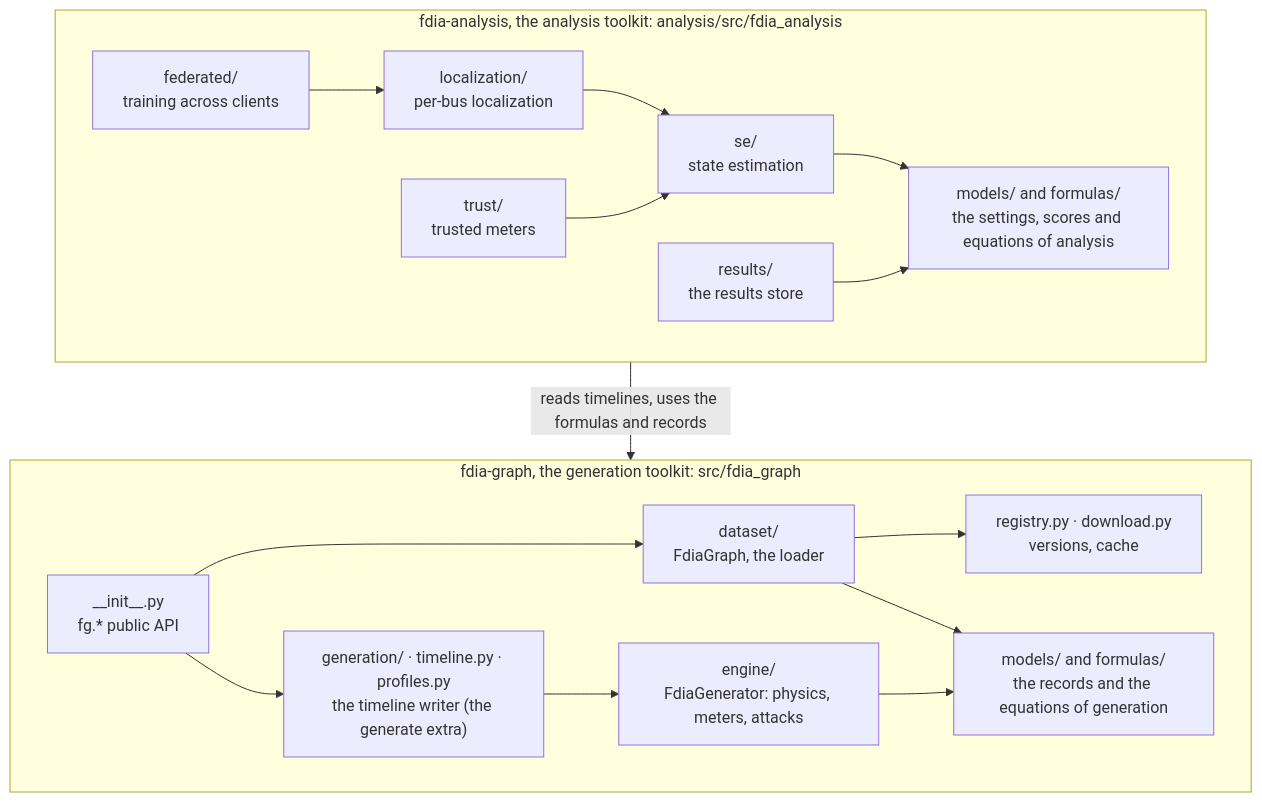
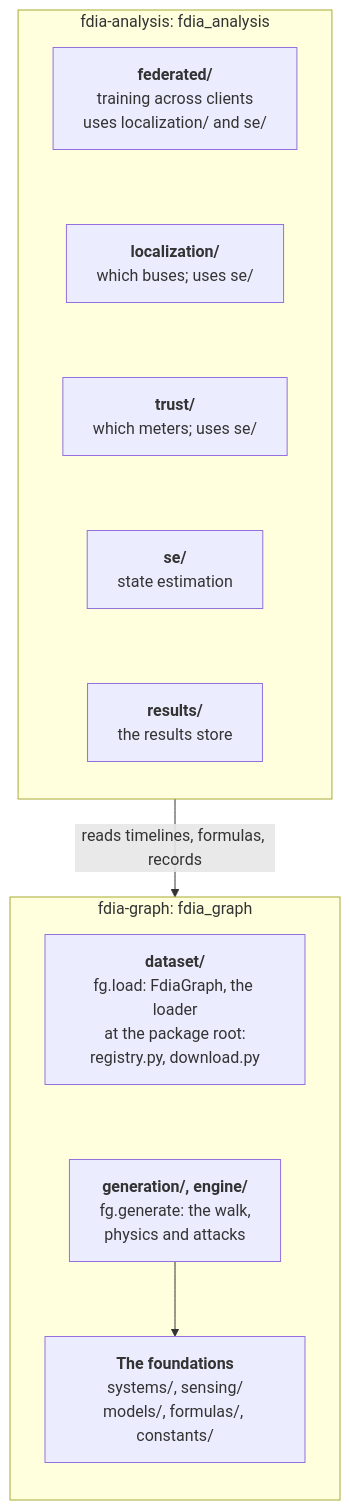
Before and after one commit to myersben9/fdia-graph: the diagram in docs/figures/diagrams/roadmap_modules.mmd, drawn with Mermaid. The commit also changed 49 other files, not shown here.

First line of the commit message:
Docs: a landing page that says what the project is, and diagrams a phone can read (#256)

```diff
--- a/docs/figures/diagrams/roadmap_modules.mmd
+++ b/docs/figures/diagrams/roadmap_modules.mmd
@@ -1,29 +1,32 @@
 flowchart TB
-    subgraph GEN["fdia-graph, the generation toolkit: src/fdia_graph"]
-        init["__init__.py<br/>fg.* public API"]
-        ds["dataset/<br/>FdiaGraph, the loader"]
-        reg["registry.py · download.py<br/>versions, cache"]
-        gen["generation/ · timeline.py · profiles.py<br/>the timeline writer (the generate extra)"]
-        eng["engine/<br/>FdiaGenerator: physics, meters, attacks"]
-        base["models/ and formulas/<br/>the records and the equations of generation"]
-        init --> ds
-        init --> gen
-        ds --> reg
-        gen --> eng
-        ds --> base
-        eng --> base
+    subgraph ANA["fdia-analysis: fdia_analysis"]
+        direction TB
+        fed["`**federated/**
+        training across clients
+        uses localization/ and se/`"]
+        loc["`**localization/**
+        which buses; uses se/`"]
+        trust["`**trust/**
+        which meters; uses se/`"]
+        se["`**se/**
+        state estimation`"]
+        res["`**results/**
+        the results store`"]
+        fed ~~~ loc ~~~ trust ~~~ se ~~~ res
     end
-    subgraph ANA["fdia-analysis, the analysis toolkit: analysis/src/fdia_analysis"]
-        se["se/<br/>state estimation"]
-        loc["localization/<br/>per-bus localization"]
-        fed["federated/<br/>training across clients"]
-        trust["trust/<br/>trusted meters"]
-        res["results/<br/>the results store"]
-        abase["models/ and formulas/<br/>the settings, scores and equations of analysis"]
-        loc --> se
-        fed --> loc
-        trust --> se
-        se --> abase
-        res --> abase
+    subgraph GEN["fdia-graph: fdia_graph"]
+        direction TB
+        ds["`**dataset/**
+        fg.load: FdiaGraph, the loader
+        at the package root:
+        registry.py, download.py`"]
+        gen["`**generation/, engine/**
+        fg.generate: the walk,
+        physics and attacks`"]
+        base["`**The foundations**
+        systems/, sensing/
+        models/, formulas/, constants/`"]
+        ds ~~~ gen
+        gen --> base
     end
-    ANA -- "reads timelines, uses the formulas and records" --> GEN
+    ANA -- "reads timelines, formulas, records" --> GEN
```
